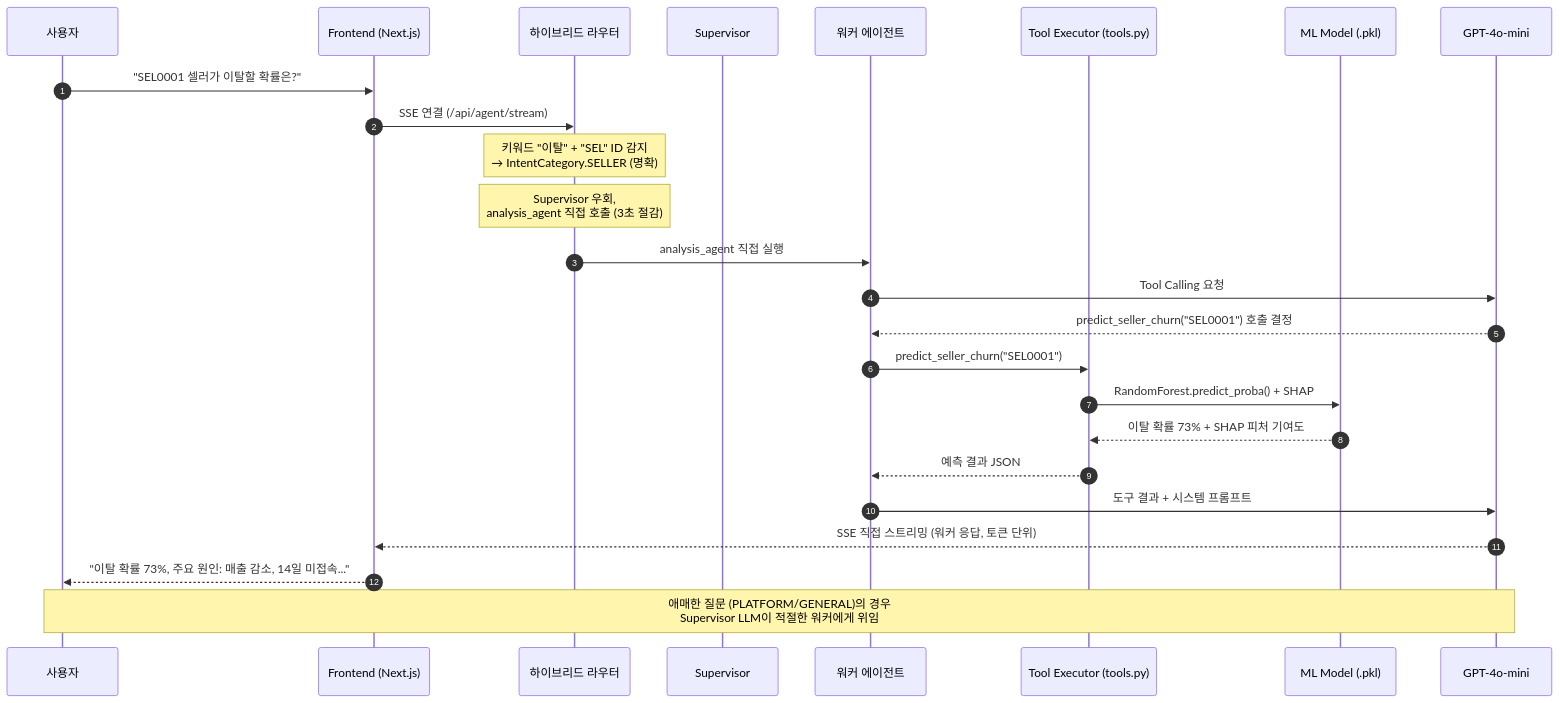
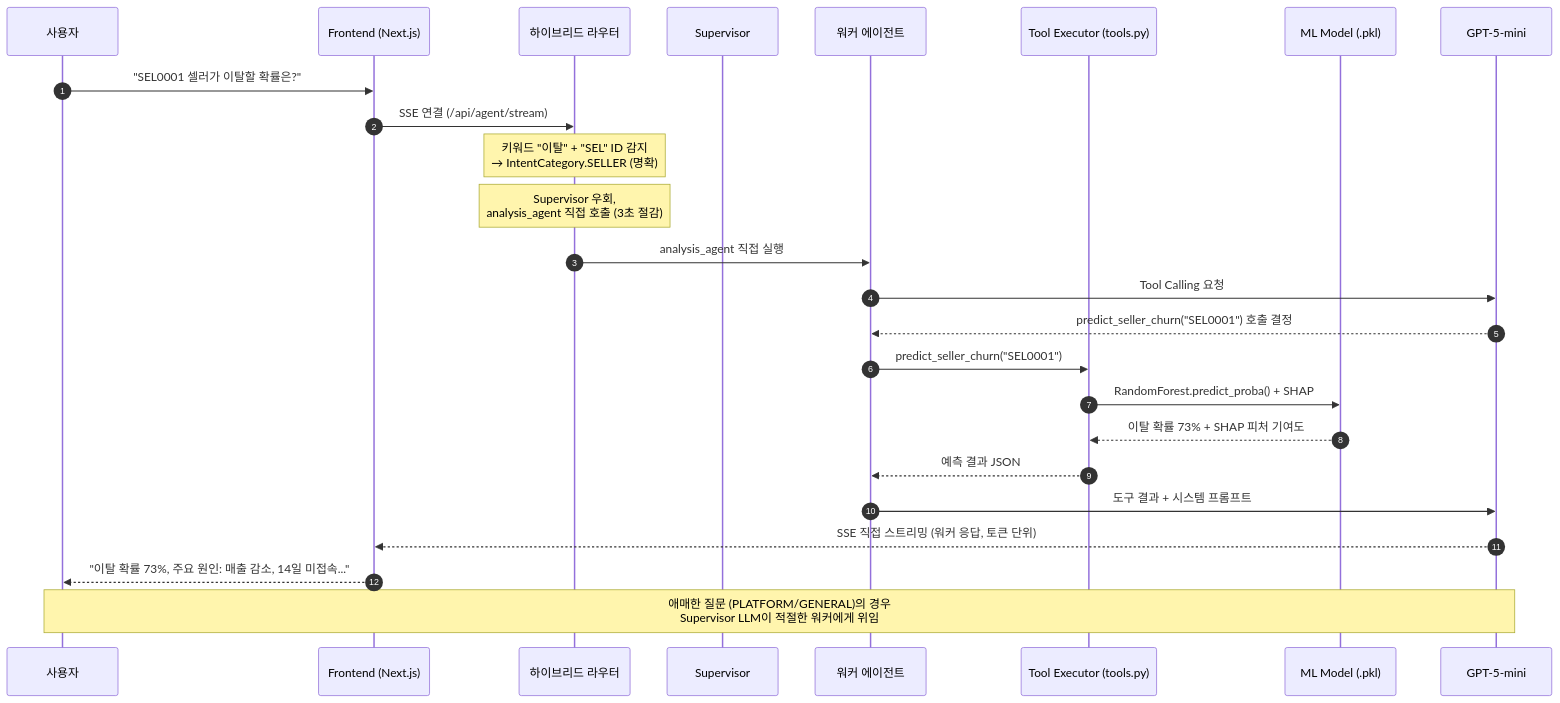
One commit to ASNGG/cafe24-demo changed the second of 7 diagrams in README.md. Above: the diagram before and after it, drawn with Mermaid. The commit also changed other lines of this file and 25 other files, not shown here.

````diff
--- a/README.md
+++ b/README.md
@@ -319,33 +347,33 @@
 ```mermaid
 sequenceDiagram
     autonumber
     participant User as 사용자
     participant FE as Frontend (Next.js)
     participant Router as 하이브리드 라우터
     participant Sup as Supervisor
     participant Worker as 워커 에이전트
     participant Tool as Tool Executor (tools.py)
     participant ML as ML Model (.pkl)
-    participant LLM as GPT-4o-mini
+    participant LLM as GPT-5-mini
 
     User->>FE: "SEL0001 셀러가 이탈할 확률은?"
     FE->>Router: SSE 연결 (/api/agent/stream)
 
     Note over Router: 키워드 "이탈" + "SEL" ID 감지<br/>→ IntentCategory.SELLER (명확)
     Note over Router: Supervisor 우회,<br/>analysis_agent 직접 호출 (3초 절감)
     Router->>Worker: analysis_agent 직접 실행
 
     Worker->>LLM: Tool Calling 요청
     LLM-->>Worker: predict_seller_churn("SEL0001") 호출 결정
 
     Worker->>Tool: predict_seller_churn("SEL0001")
     Tool->>ML: RandomForest.predict_proba() + SHAP
     ML-->>Tool: 이탈 확률 73% + SHAP 피처 기여도
     Tool-->>Worker: 예측 결과 JSON
 
     Worker->>LLM: 도구 결과 + 시스템 프롬프트
     LLM-->>FE: SSE 직접 스트리밍 (워커 응답, 토큰 단위)
     FE-->>User: "이탈 확률 73%, 주요 원인: 매출 감소, 14일 미접속..."
 
     Note over User,LLM: 애매한 질문 (PLATFORM/GENERAL)의 경우<br/>Supervisor LLM이 적절한 워커에게 위임
 ```
````
